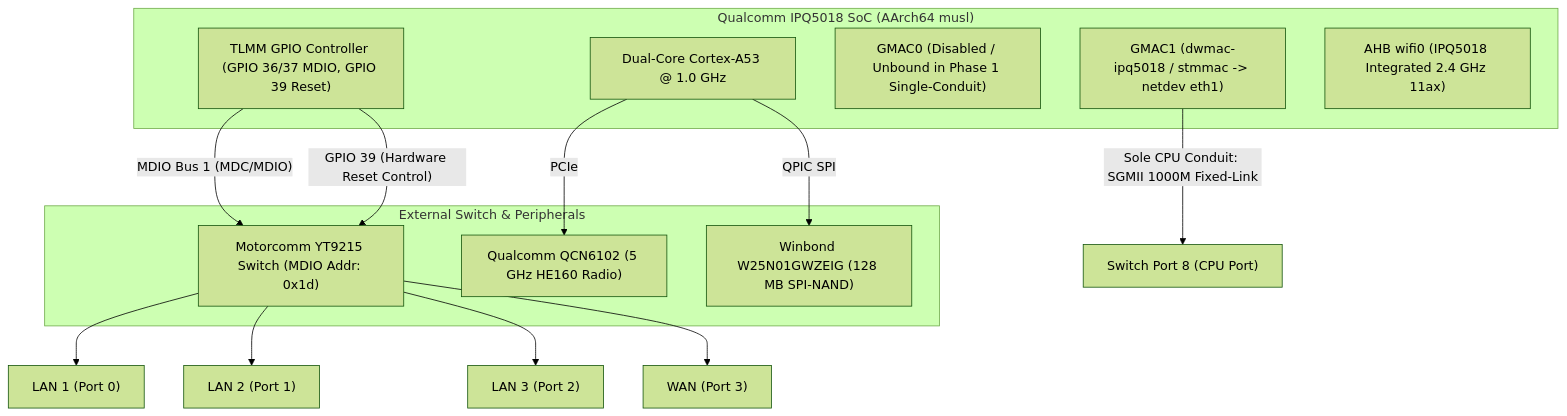
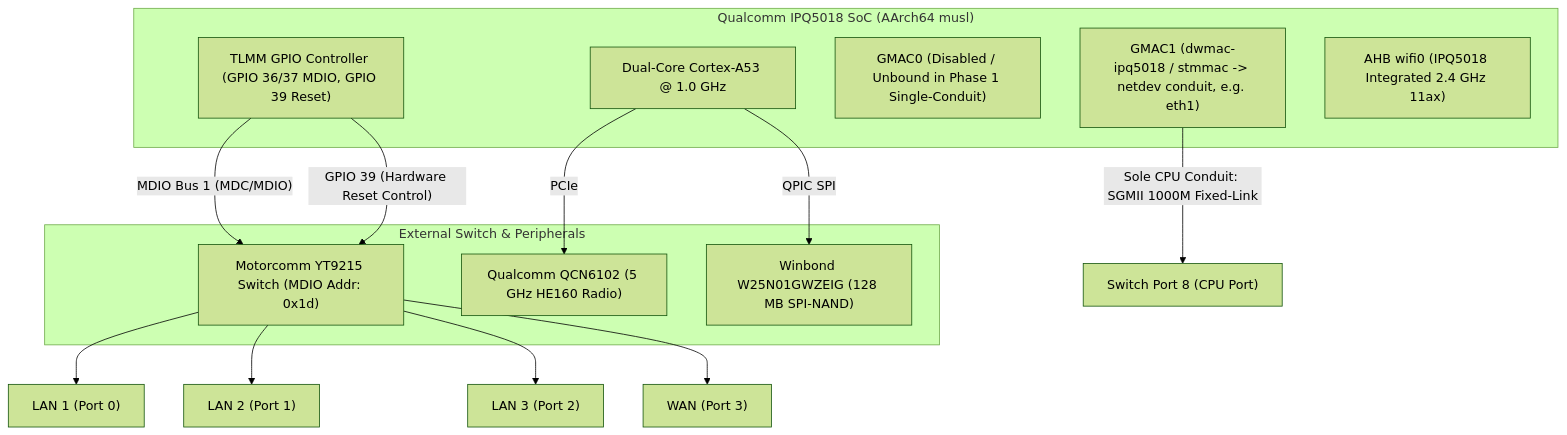
One commit to KiritoMainBro88/CR8808-CUSTOM-FIRMWARE changed the second of 3 diagrams in docs/DSA_BASELINE_DESIGN.md. Above: the diagram before and after it, drawn with Mermaid (forest theme). The commit also changed other lines of this file and 9 other files, not shown here.

````diff
--- a/docs/DSA_BASELINE_DESIGN.md
+++ b/docs/DSA_BASELINE_DESIGN.md
@@ -49,27 +49,27 @@
 ```mermaid
 graph TD
     subgraph "Qualcomm IPQ5018 SoC (AArch64 musl)"
         CPU["Dual-Core Cortex-A53 @ 1.0 GHz"]
-        GMAC1["GMAC1 (dwmac-ipq5018 / stmmac -> netdev eth1)"]
+        GMAC1["GMAC1 (dwmac-ipq5018 / stmmac -> netdev conduit, e.g. eth1)"]
         GMAC0["GMAC0 (Disabled / Unbound in Phase 1 Single-Conduit)"]
         TLMM["TLMM GPIO Controller (GPIO 36/37 MDIO, GPIO 39 Reset)"]
         WIFI0["AHB wifi0 (IPQ5018 Integrated 2.4 GHz 11ax)"]
     end
 
     subgraph "External Switch & Peripherals"
         SWITCH["Motorcomm YT9215 Switch (MDIO Addr: 0x1d)"]
         WIFI1["Qualcomm QCN6102 (5 GHz HE160 Radio)"]
         NAND["Winbond W25N01GWZEIG (128 MB SPI-NAND)"]
     end
 
     GMAC1 -- "Sole CPU Conduit: SGMII 1000M Fixed-Link" --> PORT8["Switch Port 8 (CPU Port)"]
     TLMM -- "MDIO Bus 1 (MDC/MDIO)" --> SWITCH
     TLMM -- "GPIO 39 (Hardware Reset Control)" --> SWITCH
     CPU -- "PCIe" --> WIFI1
     CPU -- "QPIC SPI" --> NAND
 
     SWITCH --> LAN1["LAN 1 (Port 0)"]
     SWITCH --> LAN2["LAN 2 (Port 1)"]
     SWITCH --> LAN3["LAN 3 (Port 2)"]
     SWITCH --> WAN["WAN (Port 3)"]
 ```
````
